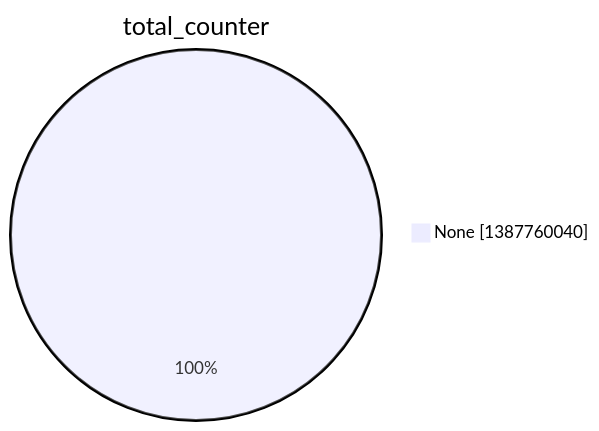
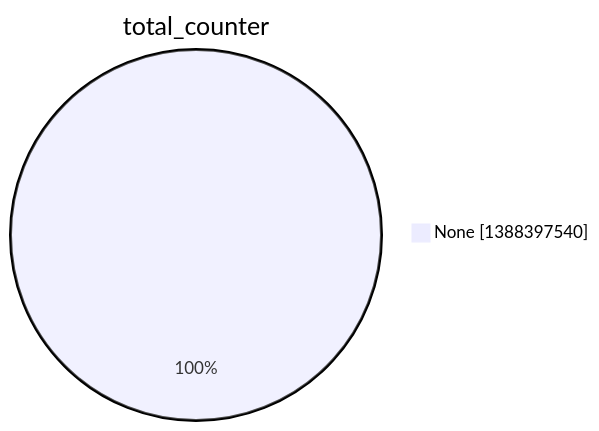
The second of 15 diagrams in argon2022/README.md (christiankrug/ctmonitor_visualization), drawn with Mermaid before and after one commit. The commit also changed other lines of this file, not shown here.

````diff
--- a/argon2022/README.md
+++ b/argon2022/README.md
@@ -9,5 +9,5 @@
 ```mermaid
 pie showData
 title total_counter
-"None" :1387760040
+"None" :1388397540
 ```
````
